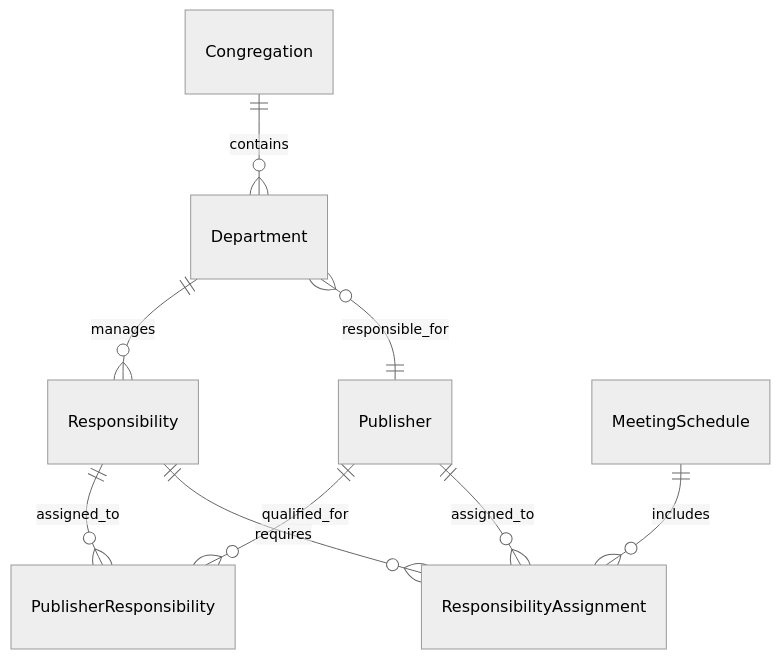
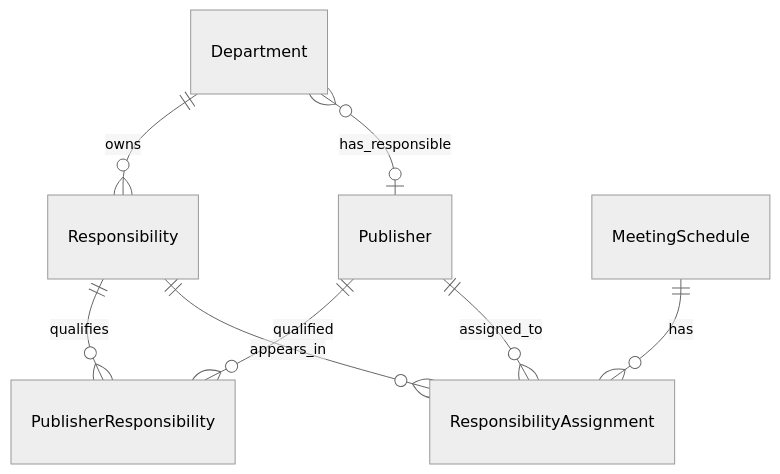
One commit to r3garciaz/GestorTeocratico changed the diagram in README.md. Above: the diagram before and after it, drawn with Mermaid (neutral theme). The commit also changed other lines of this file and 15 other files, not shown here.

````diff
--- a/README.md
+++ b/README.md
@@ -292,11 +158,10 @@
 ```mermaid
 erDiagram
-    Congregation ||--o{ Department : contains
-    Department ||--o{ Responsibility : manages
-    Department }o--|| Publisher : responsible_for
-    Publisher ||--o{ PublisherResponsibility : qualified_for
-    Responsibility ||--o{ PublisherResponsibility : assigned_to
-    MeetingSchedule ||--o{ ResponsibilityAssignment : includes
-    Responsibility ||--o{ ResponsibilityAssignment : requires
+    Department ||--o{ Responsibility : owns
+    Department }o--o| Publisher : has_responsible
+    Publisher ||--o{ PublisherResponsibility : qualified
+    Responsibility ||--o{ PublisherResponsibility : qualifies
+    MeetingSchedule ||--o{ ResponsibilityAssignment : has
+    Responsibility ||--o{ ResponsibilityAssignment : appears_in
     Publisher ||--o{ ResponsibilityAssignment : assigned_to
 ```
````
